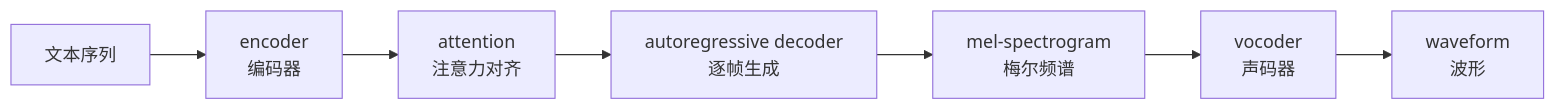
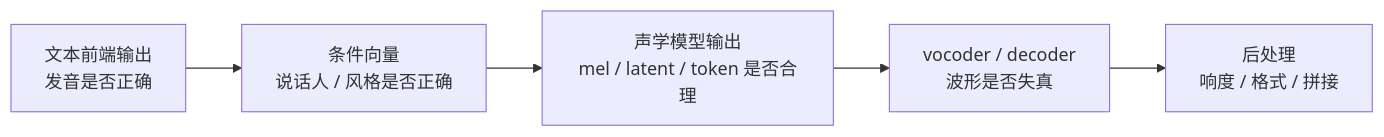
Before and after one commit to dugenkui03/OmniVoice: diagram 14 of 14 in books/chapter08_声学模型.md, drawn with Mermaid. The commit also changed other lines of this file and 14 other files, not shown here.

````diff
--- a/books/chapter08_声学模型.md
+++ b/books/chapter08_声学模型.md
@@ -381,9 +613,7 @@
 ```mermaid
 flowchart LR
-    A["文本序列"] --> B["encoder<br/>编码器"]
-    B --> C["attention<br/>注意力对齐"]
-    C --> D["autoregressive decoder<br/>逐帧生成"]
-    D --> E["mel-spectrogram<br/>梅尔频谱"]
-    E --> F["vocoder<br/>声码器"]
-    F --> G["waveform<br/>波形"]
+    A["文本前端输出<br/>发音是否正确"] --> B["条件向量<br/>说话人 / 风格是否正确"]
+    B --> C["声学模型输出<br/>mel / latent / token 是否合理"]
+    C --> D["vocoder / decoder<br/>波形是否失真"]
+    D --> E["后处理<br/>响度 / 格式 / 拼接"]
 ```
````
